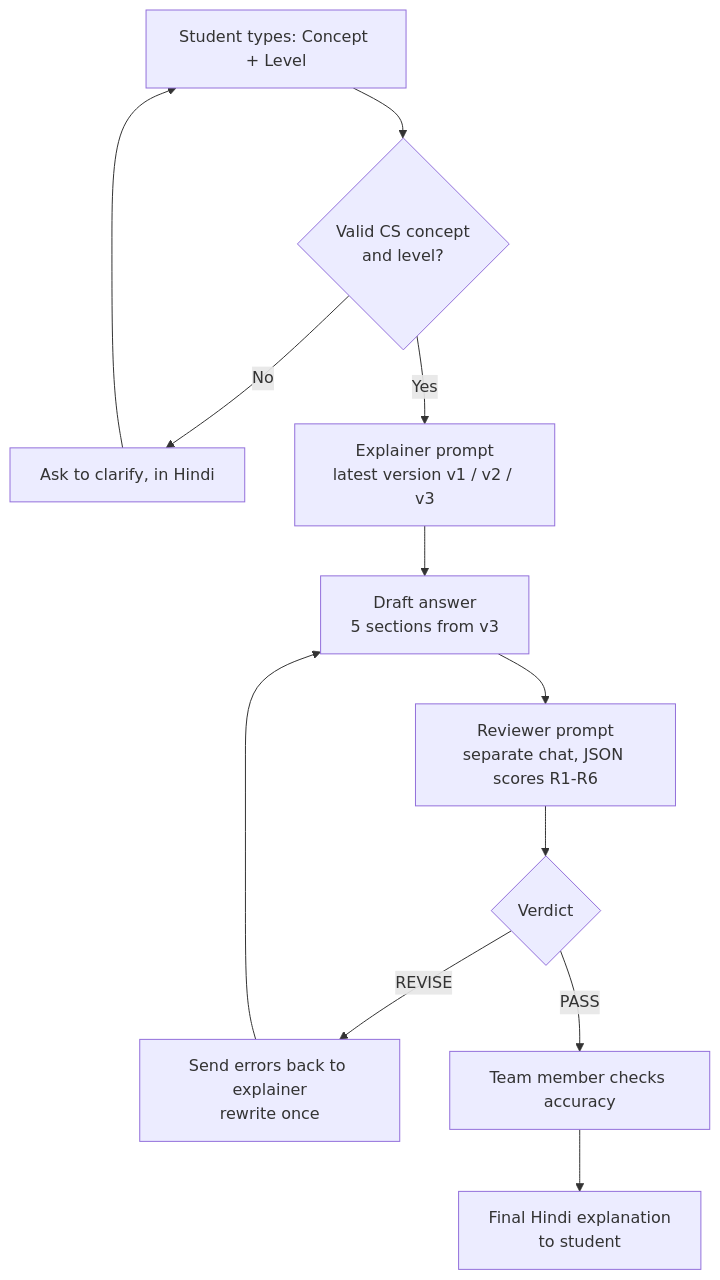
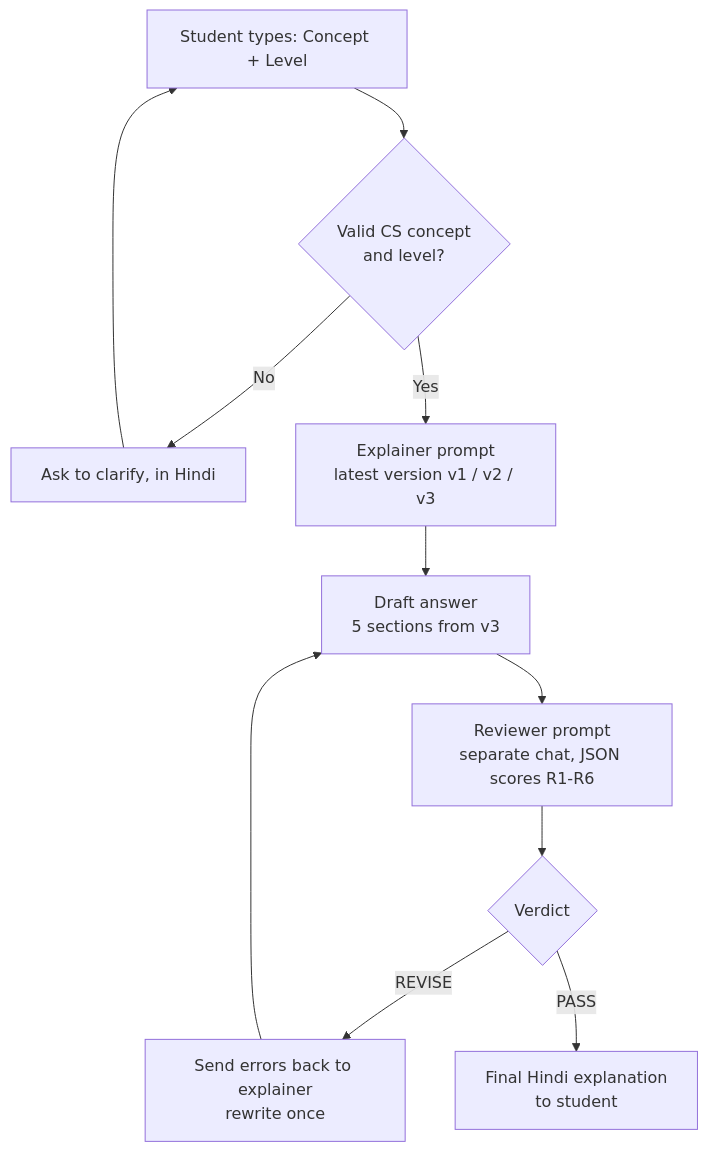
The first of 3 diagrams in design/design.md (jnsuhani/matrabhasha.ai), drawn with Mermaid before and after one commit. The commit also changed other lines of this file and 10 other files, not shown here.

Commit message:
Synopsis: add scope and expected outcome; remove team-member pre-check from workflow and docs; add M2 report

````diff
--- a/design/design.md
+++ b/design/design.md
@@ -26,14 +27,13 @@
 ```mermaid
 flowchart TD
     U[Student types: Concept + Level] --> V{Valid CS concept<br/>and level?}
     V -- No --> Q[Ask to clarify, in Hindi]
     Q --> U
     V -- Yes --> E[Explainer prompt<br/>latest version v1 / v2 / v3]
     E --> O[Draft answer<br/>5 sections from v3]
     O --> R[Reviewer prompt<br/>separate chat, JSON scores R1-R6]
     R --> D{Verdict}
     D -- REVISE --> F[Send errors back to explainer<br/>rewrite once]
     F --> O
-    D -- PASS --> H[Team member checks accuracy]
-    H --> S[Final Hindi explanation<br/>to student]
+    D -- PASS --> S[Final Hindi explanation<br/>to student]
 ```
````
